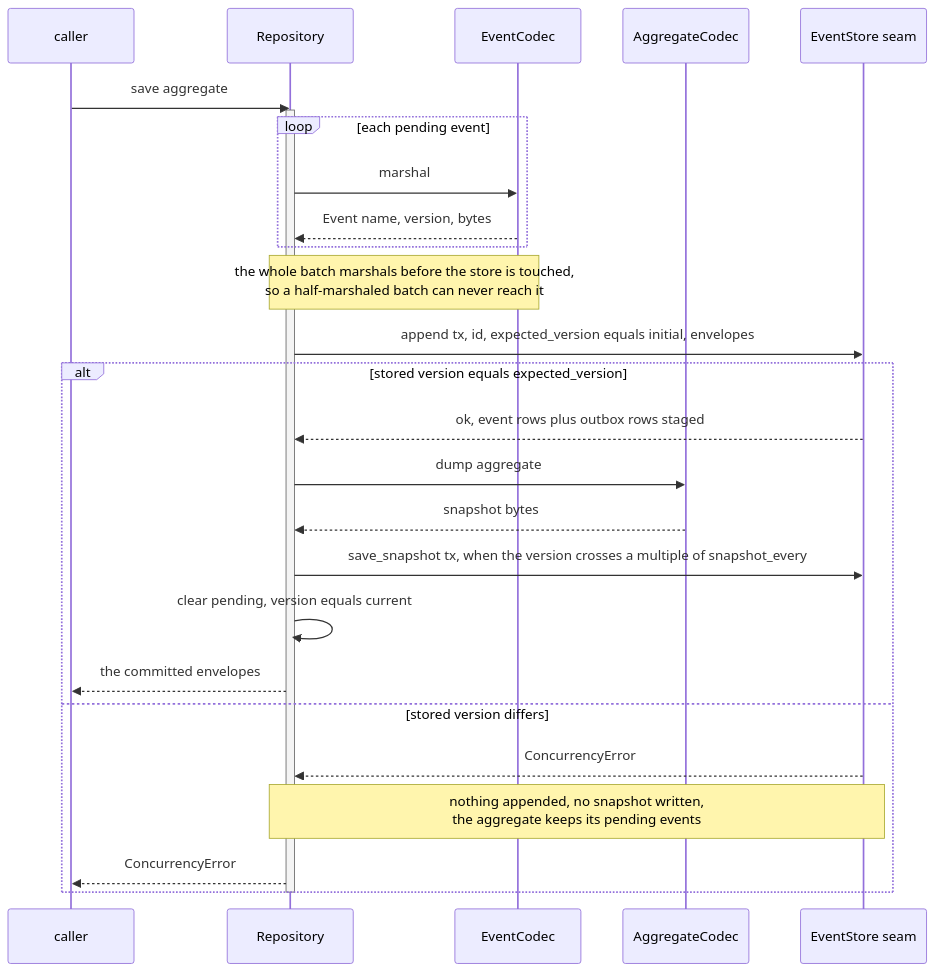
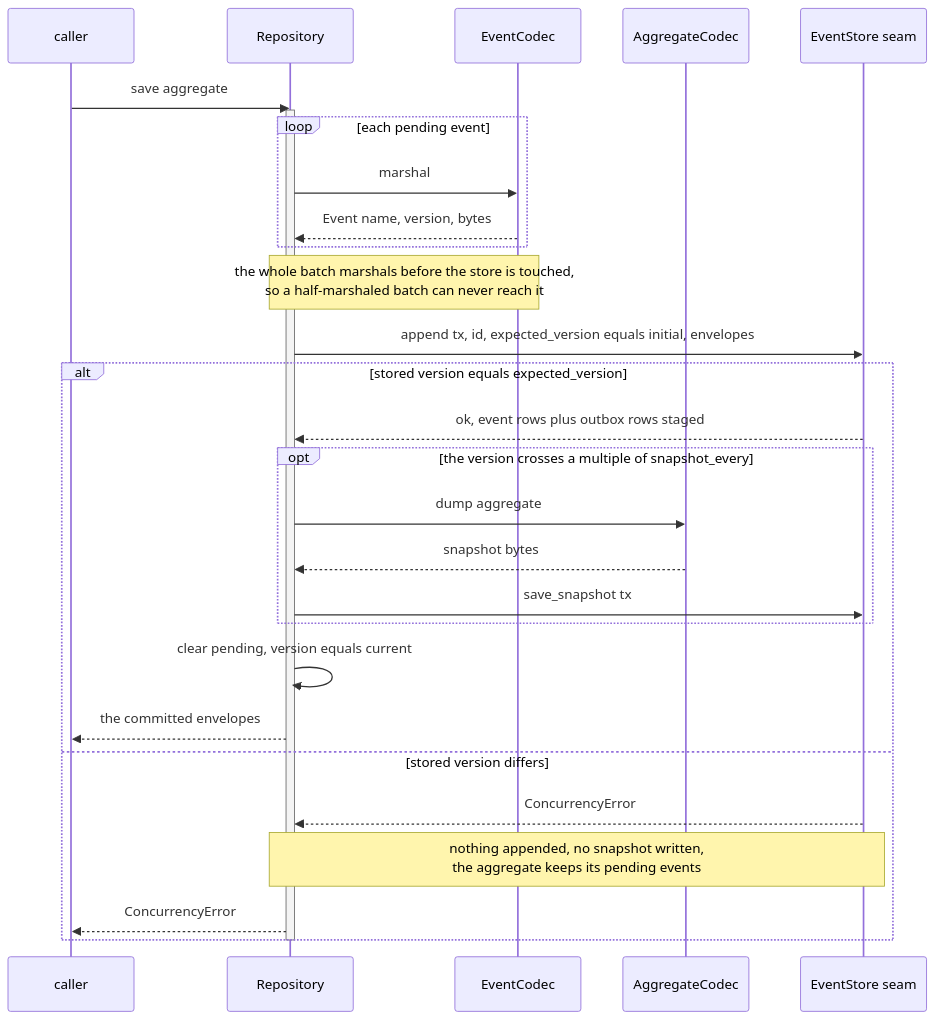
One commit to haskian/edax changed the third of 4 diagrams in docs/sdk/aggregates.md. Above: the diagram before and after it, drawn with Mermaid. The commit also changed other lines of this file and 117 other files, not shown here.

````diff
--- a/docs/sdk/aggregates.md
+++ b/docs/sdk/aggregates.md
@@ -163,30 +163,32 @@
 ```mermaid
 sequenceDiagram
     participant C as caller
     participant R as Repository
     participant EC as EventCodec
     participant AC as AggregateCodec
     participant S as EventStore seam
 
     C->>R: save aggregate
     activate R
     loop each pending event
         R->>EC: marshal
         EC-->>R: Event name, version, bytes
     end
     Note over R,EC: the whole batch marshals before the store is touched,<br/>so a half-marshaled batch can never reach it
     R->>S: append tx, id, expected_version equals initial, envelopes
     alt stored version equals expected_version
         S-->>R: ok, event rows plus outbox rows staged
-        R->>AC: dump aggregate
-        AC-->>R: snapshot bytes
-        R->>S: save_snapshot tx, when the version crosses a multiple of snapshot_every
+        opt the version crosses a multiple of snapshot_every
+            R->>AC: dump aggregate
+            AC-->>R: snapshot bytes
+            R->>S: save_snapshot tx
+        end
         R->>R: clear pending, version equals current
         R-->>C: the committed envelopes
     else stored version differs
         S-->>R: ConcurrencyError
         Note over R,S: nothing appended, no snapshot written,<br/>the aggregate keeps its pending events
         R-->>C: ConcurrencyError
     end
     deactivate R
 ```
````
